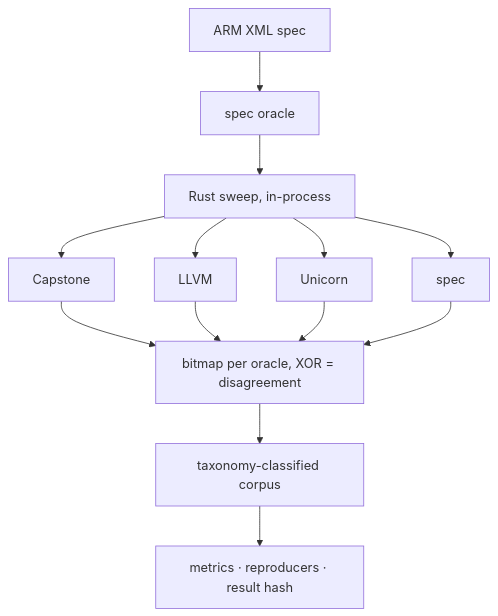
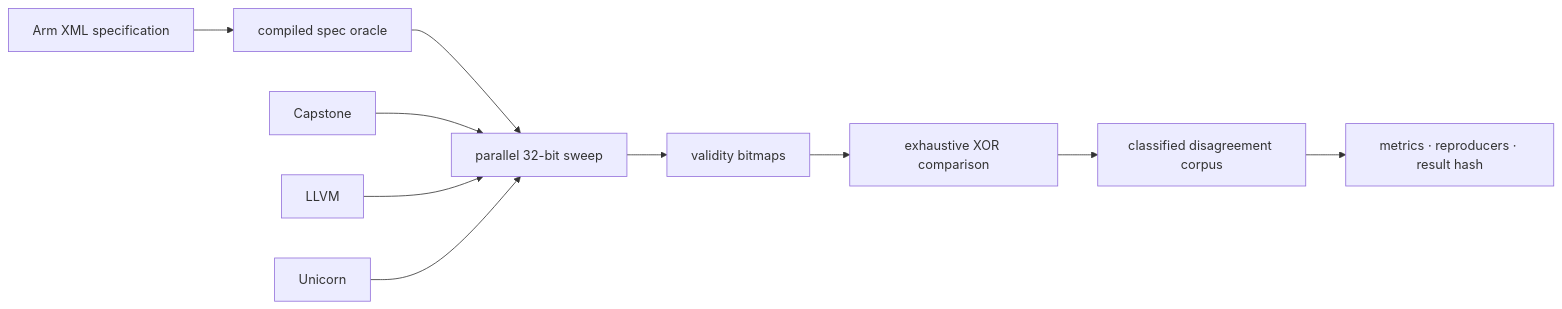
Before and after one commit to Nathan-Luevano/silica: the diagram in README.md, drawn with Mermaid. The commit also changed other lines of this file, not shown here.

````diff
--- a/README.md
+++ b/README.md
@@ -56,15 +75,12 @@
 ```mermaid
-flowchart TD
-    A["ARM XML spec"] --> B["spec oracle"]
-    B --> C["Rust sweep, in-process"]
-    C --> D1["Capstone"]
-    C --> D2["LLVM"]
-    C --> D3["Unicorn"]
-    C --> D4["spec"]
-    D1 --> E["bitmap per oracle, XOR = disagreement"]
-    D2 --> E
-    D3 --> E
-    D4 --> E
-    E --> F["taxonomy-classified corpus"]
-    F --> G["metrics · reproducers · result hash"]
+flowchart LR
+    XML["Arm XML specification"] --> SPEC["compiled spec oracle"]
+    SPEC --> SWEEP["parallel 32-bit sweep"]
+    CAP["Capstone"] --> SWEEP
+    LLVM["LLVM"] --> SWEEP
+    UNI["Unicorn"] --> SWEEP
+    SWEEP --> MAP["validity bitmaps"]
+    MAP --> DIFF["exhaustive XOR comparison"]
+    DIFF --> CORPUS["classified disagreement corpus"]
+    CORPUS --> OUT["metrics · reproducers · result hash"]
 ```
````
